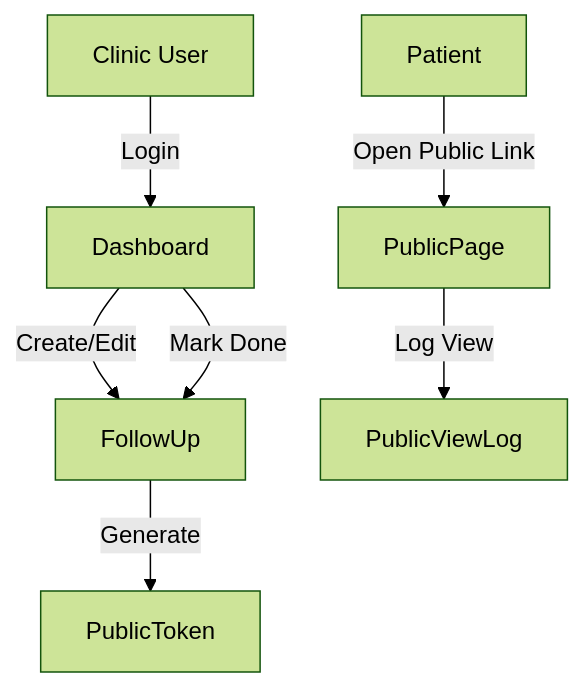
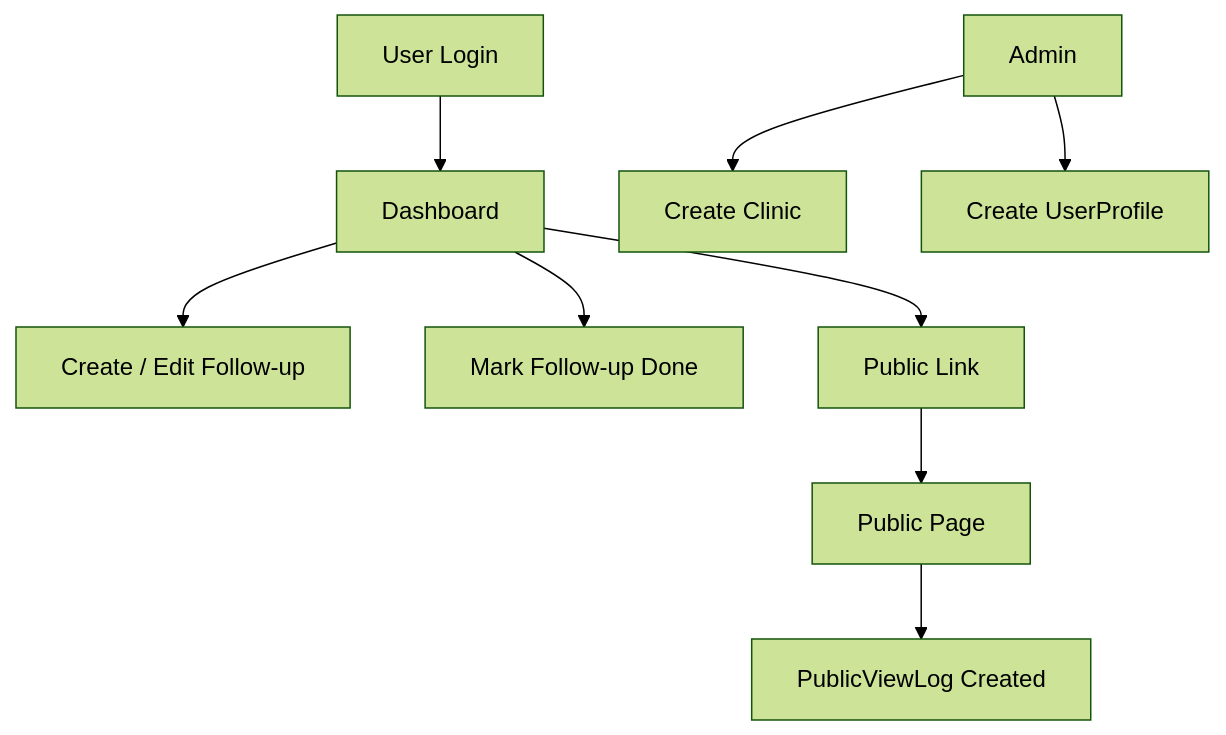
One commit to sidhyaashu/clinic_followup_tracker changed the first of 2 diagrams in README.md. Above: the diagram before and after it, drawn with Mermaid (forest theme). The commit also changed other lines of this file and 10 other files, not shown here.

````diff
--- a/README.md
+++ b/README.md
@@ -1,11 +242,13 @@
 ```mermaid
 flowchart TD
-    User[Clinic User] -->|Login| Dashboard
-    Dashboard -->|Create/Edit| FollowUp
-    Dashboard -->|Mark Done| FollowUp
-    FollowUp -->|Generate| PublicToken
+    A[User Login] --> B[Dashboard]
+    B --> C[Create / Edit Follow-up]
+    B --> D[Mark Follow-up Done]
+    B --> E[Public Link]
 
-    Patient[Patient] -->|Open Public Link| PublicPage
-    PublicPage -->|Log View| PublicViewLog
+    E --> F[Public Page]
+    F --> G[PublicViewLog Created]
 
+    Admin --> H[Create Clinic]
+    Admin --> I[Create UserProfile]
 ```
````
